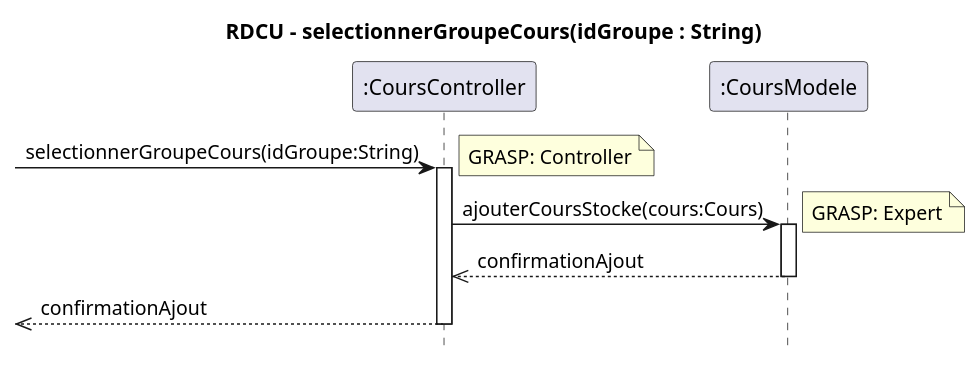
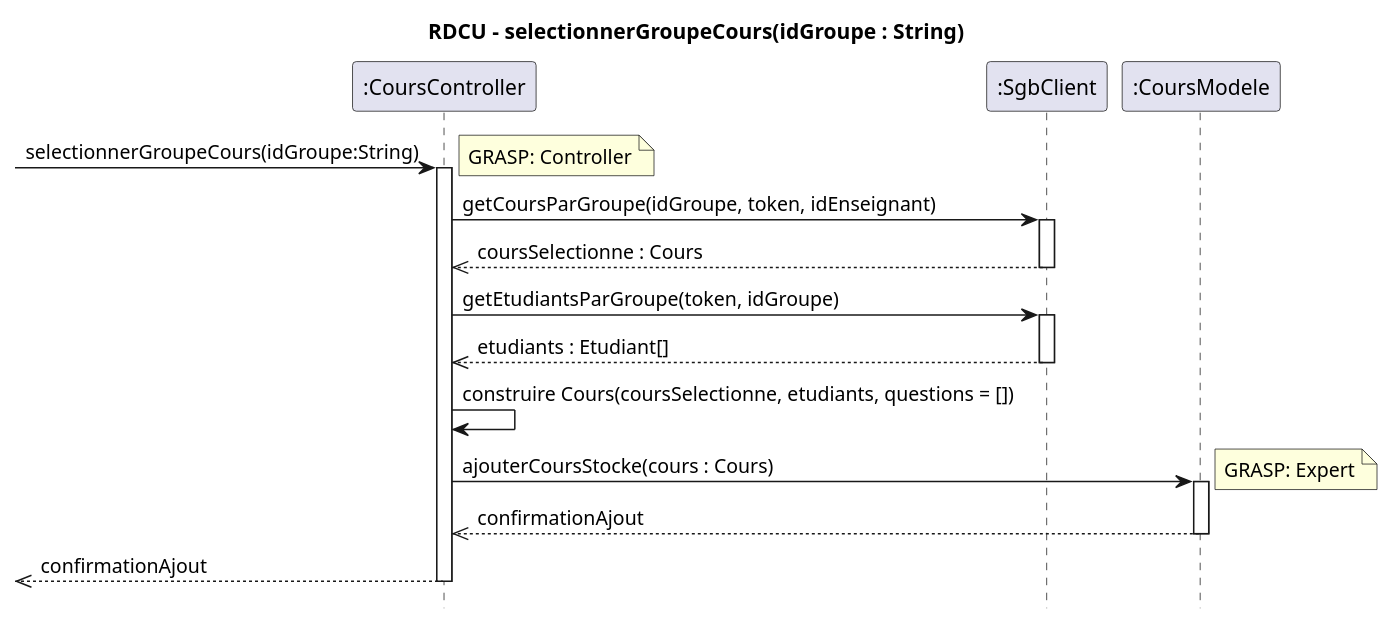
Before and after one commit to xMrYahya/moodle-clone: the diagram in docs/modeles/cu01/rdcu-sélectionnerGroupeCours.puml, drawn with PlantUML. The commit also changed 2 other files, not shown here.

```diff
--- a/docs/modeles/cu01/rdcu-sélectionnerGroupeCours.puml
+++ b/docs/modeles/cu01/rdcu-sélectionnerGroupeCours.puml
@@ -1,18 +1,32 @@
 @startuml
 hide footbox
 title RDCU - selectionnerGroupeCours(idGroupe : String)
 
 participant ":CoursController" as ctrl
+participant ":SgbClient" as sgbClient
 participant ":CoursModele" as modele
 
 -> ctrl : selectionnerGroupeCours(idGroupe:String)
 note right: GRASP: Controller
 activate ctrl
-ctrl -> modele : ajouterCoursStocke(cours:Cours)
+
+ctrl -> sgbClient : getCoursParGroupe(idGroupe, token, idEnseignant)
+activate sgbClient
+sgbClient -->> ctrl : coursSelectionne : Cours
+deactivate sgbClient
+
+ctrl -> sgbClient : getEtudiantsParGroupe(token, idGroupe)
+activate sgbClient
+sgbClient -->> ctrl : etudiants : Etudiant[]
+deactivate sgbClient
+
+ctrl -> ctrl : construire Cours(coursSelectionne, etudiants, questions = [])
+
+ctrl -> modele : ajouterCoursStocke(cours : Cours)
 note right: GRASP: Expert
 activate modele
 modele -->> ctrl : confirmationAjout
 deactivate modele
 <<-- ctrl : confirmationAjout
 deactivate ctrl
 @enduml
```
